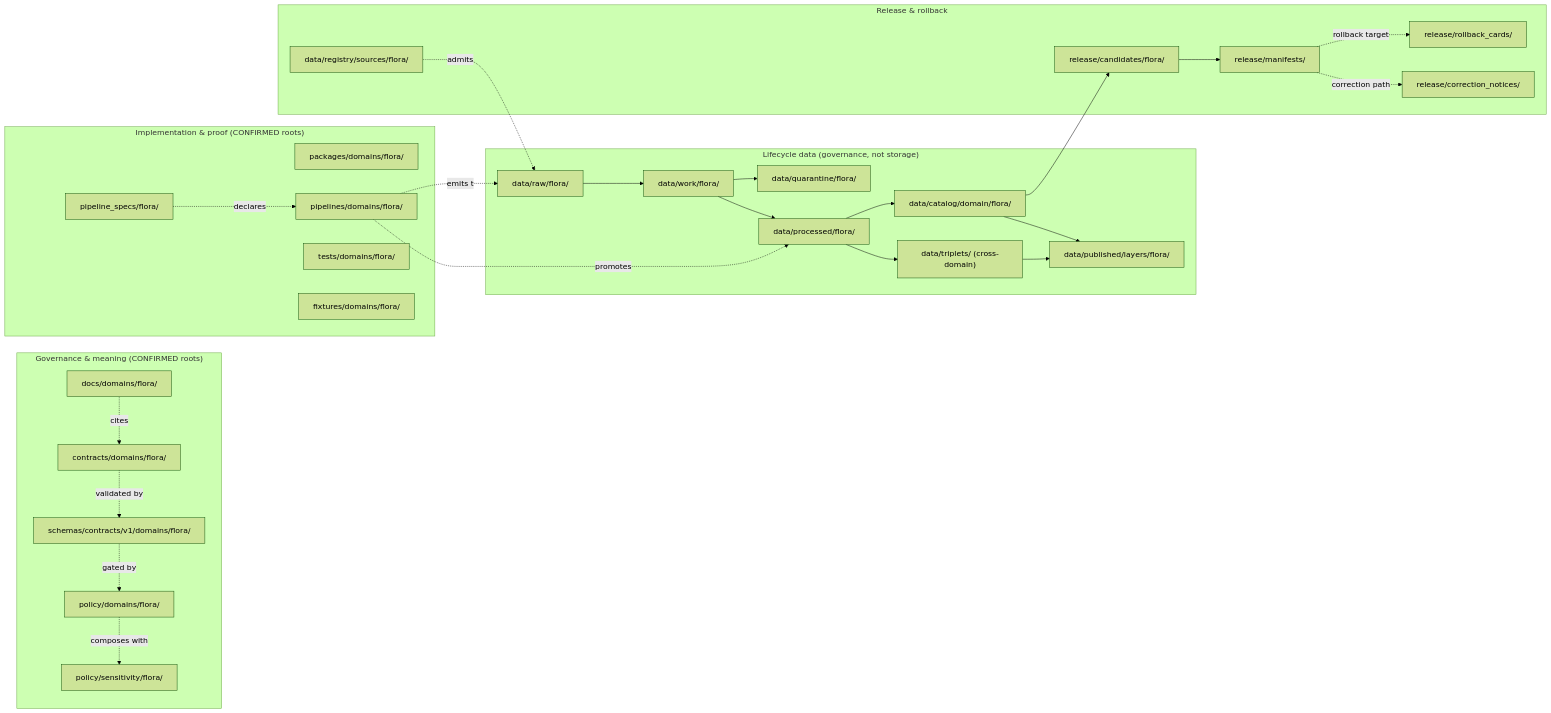
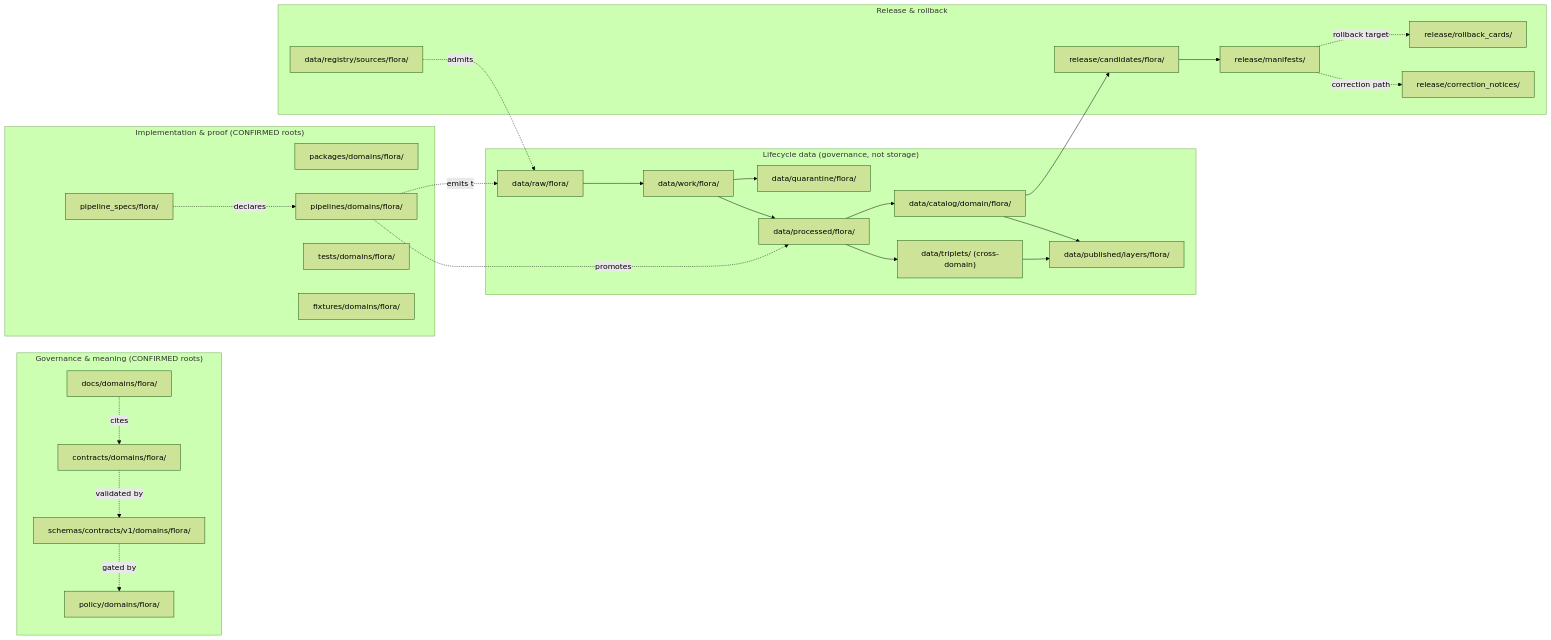
Before and after one commit to bartytime4life/Kansas-Frontier-Matrix: the diagram in docs/domains/flora/FILE_SYSTEM_PLAN.md, drawn with Mermaid (forest theme). The commit also changed other lines of this file, not shown here.

````diff
--- a/docs/domains/flora/FILE_SYSTEM_PLAN.md
+++ b/docs/domains/flora/FILE_SYSTEM_PLAN.md
@@ -168,49 +176,47 @@
 ```mermaid
 flowchart LR
   subgraph GOV["Governance & meaning (CONFIRMED roots)"]
     DOCS["docs/domains/flora/"]
     CONTRACTS["contracts/domains/flora/"]
     SCHEMAS["schemas/contracts/v1/domains/flora/"]
     POLICY_D["policy/domains/flora/"]
-    POLICY_S["policy/sensitivity/flora/"]
   end
 
   subgraph IMPL["Implementation & proof (CONFIRMED roots)"]
     PKGS["packages/domains/flora/"]
     PIPES["pipelines/domains/flora/"]
     SPECS["pipeline_specs/flora/"]
     TESTS["tests/domains/flora/"]
     FIX["fixtures/domains/flora/"]
   end
 
   subgraph DATA["Lifecycle data (governance, not storage)"]
     RAW["data/raw/flora/"] --> WORK["data/work/flora/"]
     WORK --> QUAR["data/quarantine/flora/"]
     WORK --> PROC["data/processed/flora/"]
     PROC --> CAT["data/catalog/domain/flora/"]
     PROC --> TRIP["data/triplets/ (cross-domain)"]
     CAT --> PUB["data/published/layers/flora/"]
     TRIP --> PUB
   end
 
   subgraph REL["Release & rollback"]
     REGISTRY["data/registry/sources/flora/"]
     CANDS["release/candidates/flora/"]
     MANIF["release/manifests/"]
     ROLL["release/rollback_cards/"]
     CORR["release/correction_notices/"]
   end
 
   DOCS -.cites.-> CONTRACTS
   CONTRACTS -.validated by.-> SCHEMAS
   SCHEMAS -.gated by.-> POLICY_D
-  POLICY_D -.composes with.-> POLICY_S
   SPECS -.declares.-> PIPES
   PIPES -.emits to.-> RAW
   PIPES -.promotes.-> PROC
   CAT --> CANDS
   CANDS --> MANIF
   MANIF -.rollback target.-> ROLL
   MANIF -.correction path.-> CORR
   REGISTRY -.admits.-> RAW
 ```
````
